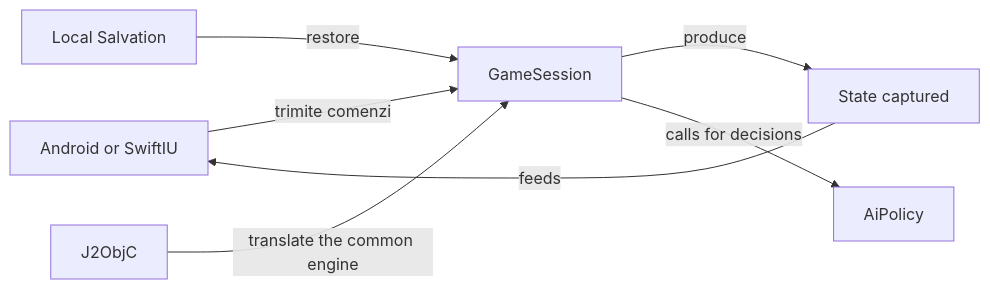
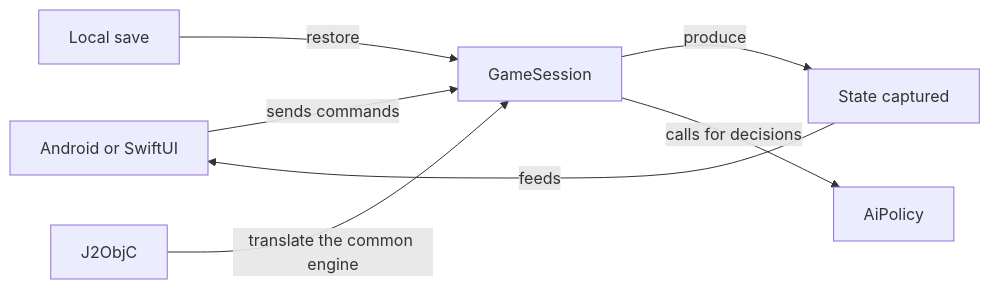
Before and after one commit to crististefanita/atf_j4: the diagram in whist-lab-app/README.md, drawn with Mermaid. The commit also changed other lines of this file and 126 other files, not shown here.

````diff
--- a/whist-lab-app/README.md
+++ b/whist-lab-app/README.md
@@ -41,9 +41,9 @@
 ```mermaid
 flowchart LR
-UI[Android or SwiftIU] -->|trimite comenzi| SESSION[GameSession]
+UI[Android or SwiftUI] -->|sends commands| SESSION[GameSession]
 SESSION -->|produce| VIEW[State captured]
 VIEW -->|feeds| UI
 SESSION -->|calls for decisions| AI[AiPolicy]
-STORE[Local Salvation] -->|restore| SESSION
+STORE[Local save] -->|restore| SESSION
 IOS[J2ObjC] -->|translate the common engine| SESSION
 ```
````
